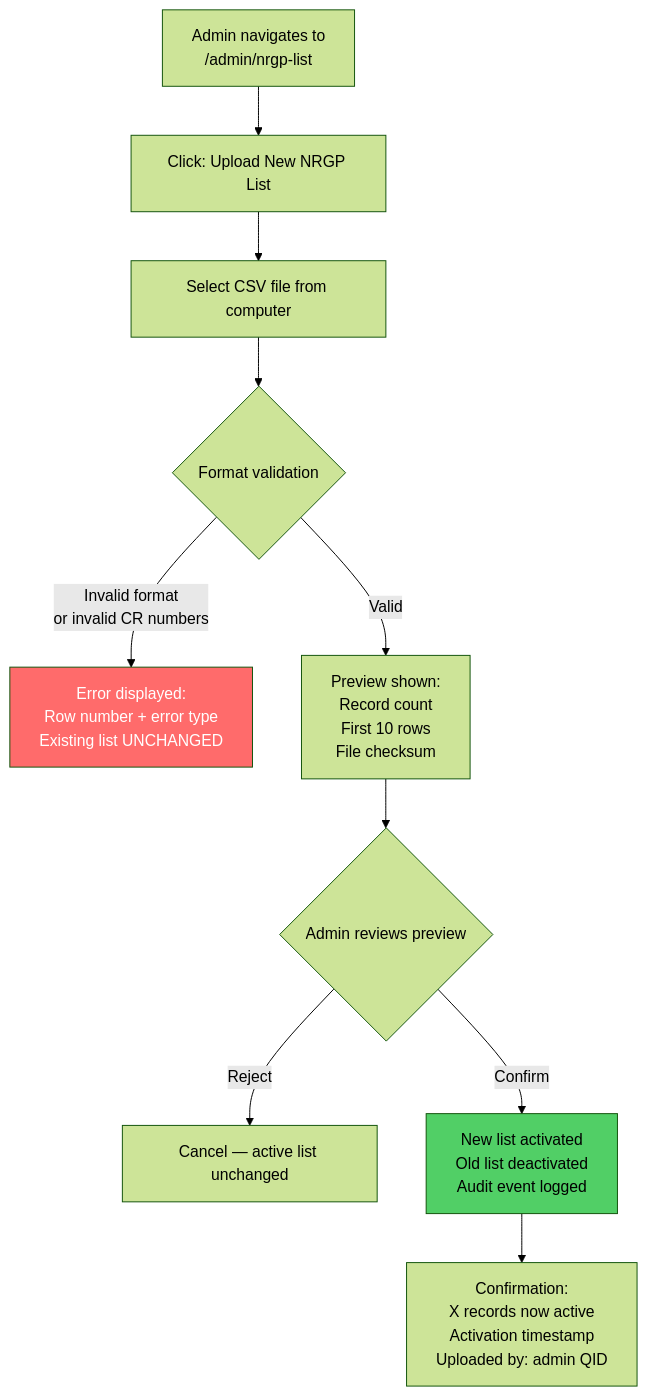
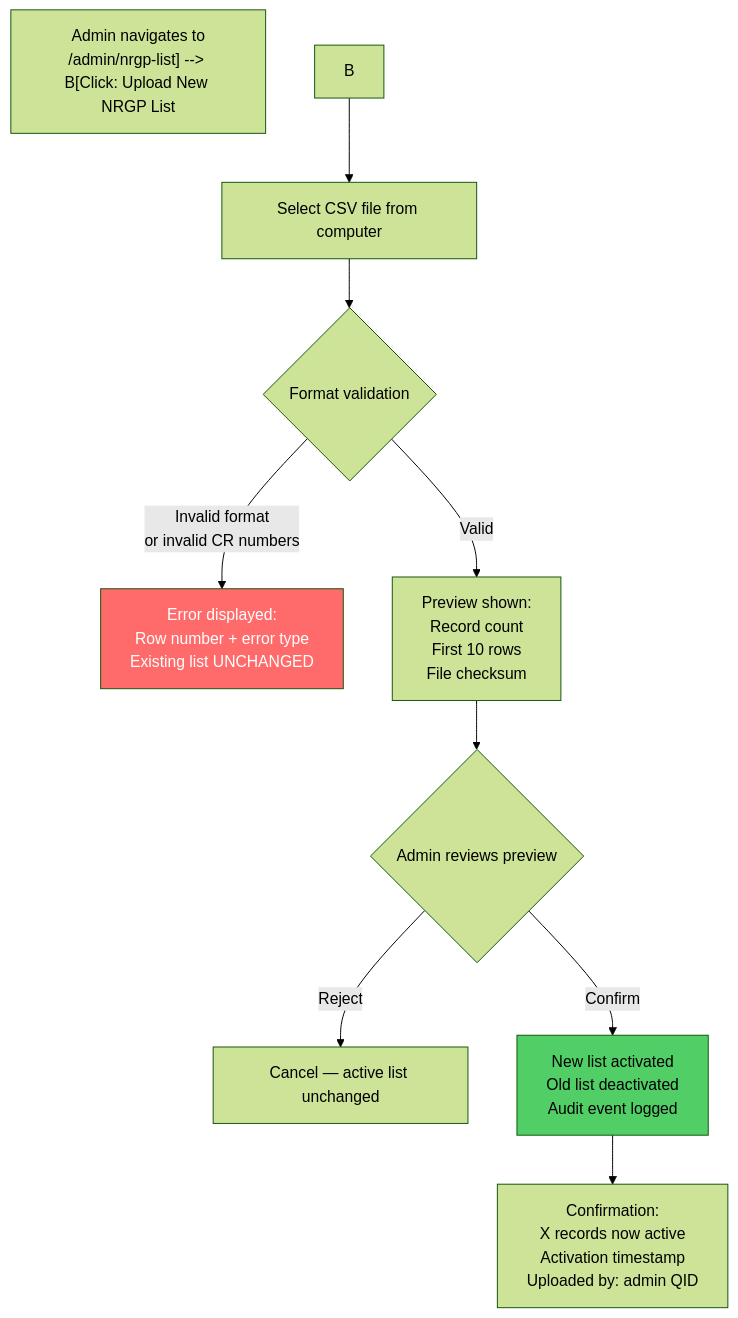
One commit to Tamoura/Claude-Code-creates-the-SW-company changed the seventh of 10 diagrams in products/qdb-sme-relief/docs/ADMIN-GUIDE.md. Above: the diagram before and after it, drawn with Mermaid (forest theme). The commit also changed other lines of this file and 4 other files, not shown here.

First line of the commit message:
fix(qdb-sme-relief): remove nested quotes from Mermaid diagram node/edge labels

````diff
--- a/products/qdb-sme-relief/docs/ADMIN-GUIDE.md
+++ b/products/qdb-sme-relief/docs/ADMIN-GUIDE.md
@@ -537,15 +537,15 @@
 ```mermaid
 flowchart TD
-    A["Admin navigates to<br/>/admin/nrgp-list"] --> B["Click: Upload New NRGP List"]
+    A["Admin navigates to<br/>/admin/nrgp-list] --> B[Click: Upload New NRGP List"]
     B --> C["Select CSV file from computer"]
     C --> D{"Format validation"}
     D -->|"Invalid format<br/>or invalid CR numbers"| E["Error displayed:<br/>Row number + error type<br/>Existing list UNCHANGED"]
     D -->|"Valid"| F["Preview shown:<br/>Record count<br/>First 10 rows<br/>File checksum"]
     F --> G{"Admin reviews preview"}
     G -->|"Reject"| H["Cancel — active list unchanged"]
     G -->|"Confirm"| I["New list activated<br/>Old list deactivated<br/>Audit event logged"]
     I --> J["Confirmation:<br/>X records now active<br/>Activation timestamp<br/>Uploaded by: admin QID"]
 
     style E fill:#ff6b6b,color:#fff
     style I fill:#51cf66,color:#000
 ```
````
